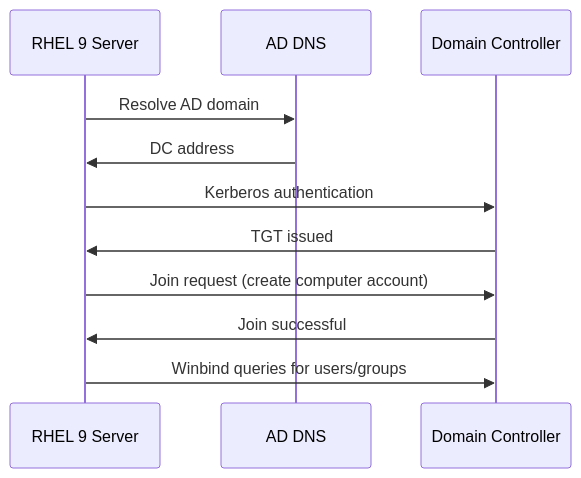
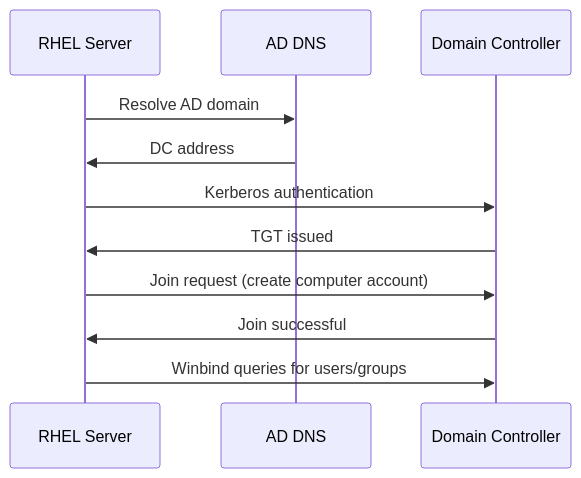
One commit to OneUptime/blog changed the diagram in posts/2026-03-04-join-samba-server-active-directory-rhel-9/README.md. Above: the diagram before and after it, drawn with Mermaid. The commit also changed other lines of this file and 4866 other files, not shown here.

````diff
--- a/posts/2026-03-04-join-samba-server-active-directory-rhel-9/README.md
+++ b/posts/2026-03-04-join-samba-server-active-directory-rhel-9/README.md
@@ -145,14 +145,14 @@
 ```mermaid
 sequenceDiagram
-    participant RHEL as RHEL 9 Server
+    participant RHEL as RHEL Server
     participant DNS as AD DNS
     participant DC as Domain Controller
 
     RHEL->>DNS: Resolve AD domain
     DNS->>RHEL: DC address
     RHEL->>DC: Kerberos authentication
     DC->>RHEL: TGT issued
     RHEL->>DC: Join request (create computer account)
     DC->>RHEL: Join successful
     RHEL->>DC: Winbind queries for users/groups
 ```
````
